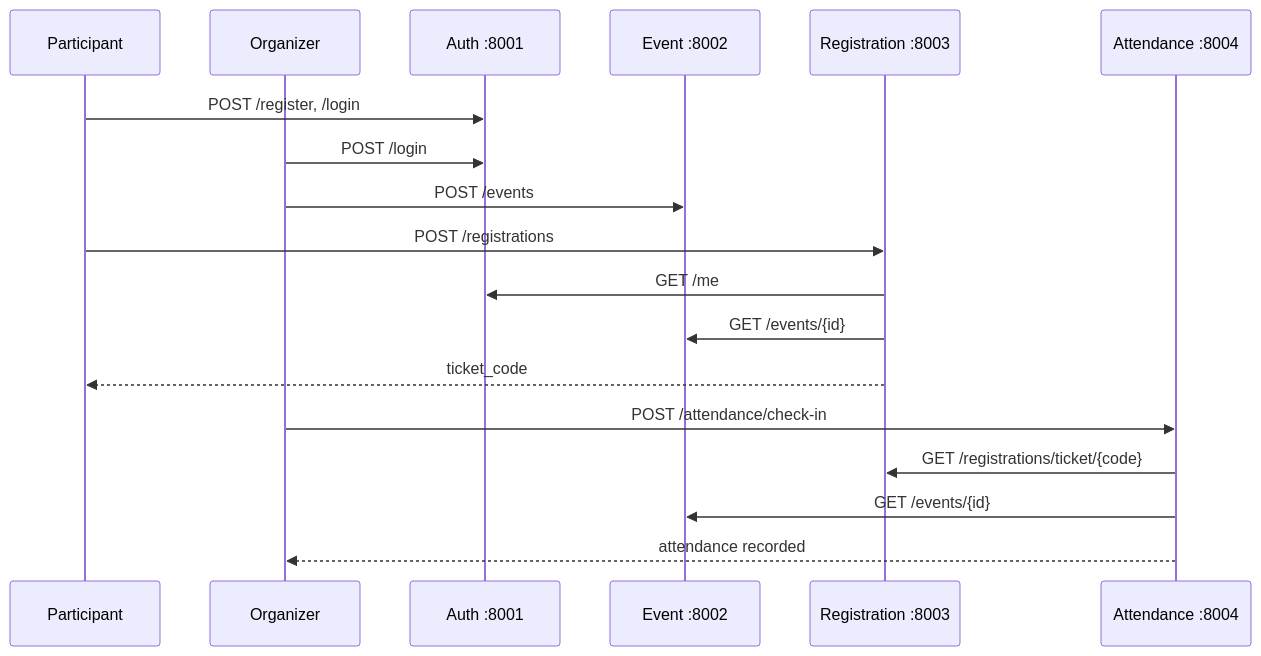
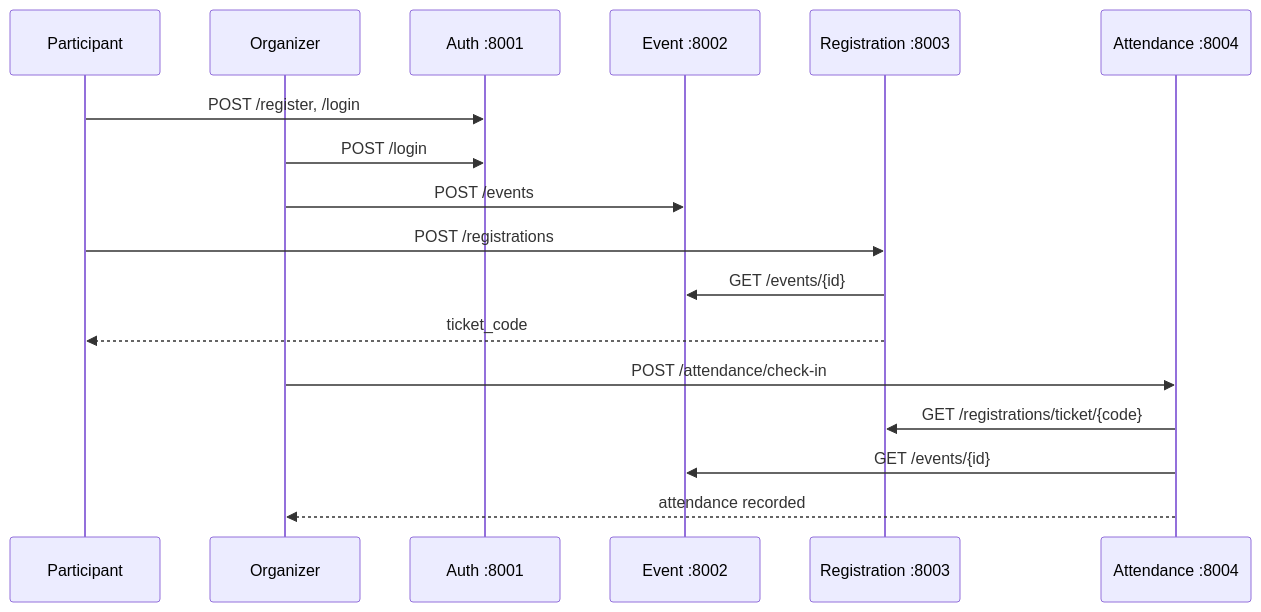
The diagram in INTEGRATION.md (KampusEvent/kampusevent-infrastructure), drawn with Mermaid before and after one commit. The commit also changed other lines of this file and 13 other files, not shown here.

````diff
--- a/INTEGRATION.md
+++ b/INTEGRATION.md
@@ -7,21 +7,20 @@
 ```mermaid
 sequenceDiagram
     participant P as Participant
     participant O as Organizer
     participant Auth as Auth :8001
     participant Event as Event :8002
     participant Reg as Registration :8003
     participant Att as Attendance :8004
 
     P->>Auth: POST /register, /login
     O->>Auth: POST /login
     O->>Event: POST /events
     P->>Reg: POST /registrations
-    Reg->>Auth: GET /me
     Reg->>Event: GET /events/{id}
     Reg-->>P: ticket_code
     O->>Att: POST /attendance/check-in
     Att->>Reg: GET /registrations/ticket/{code}
     Att->>Event: GET /events/{id}
     Att-->>O: attendance recorded
 ```
````
